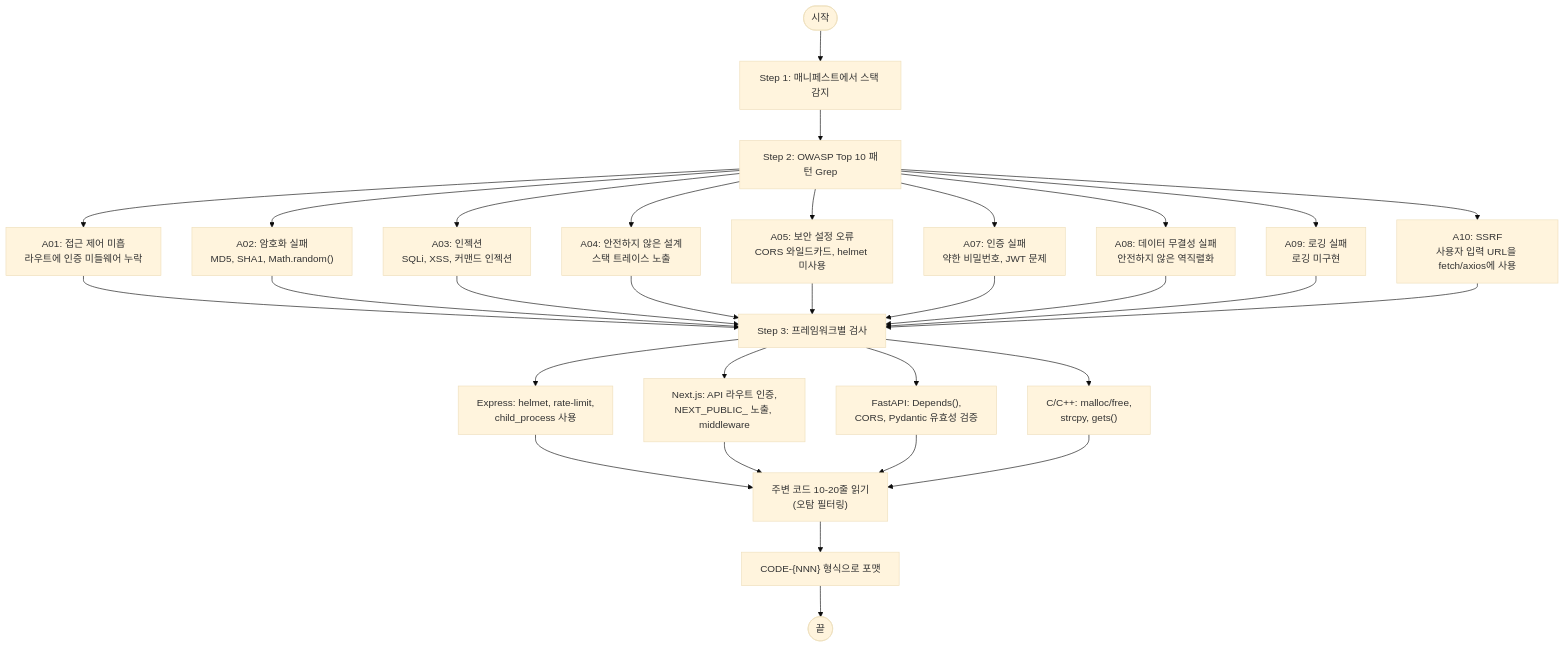
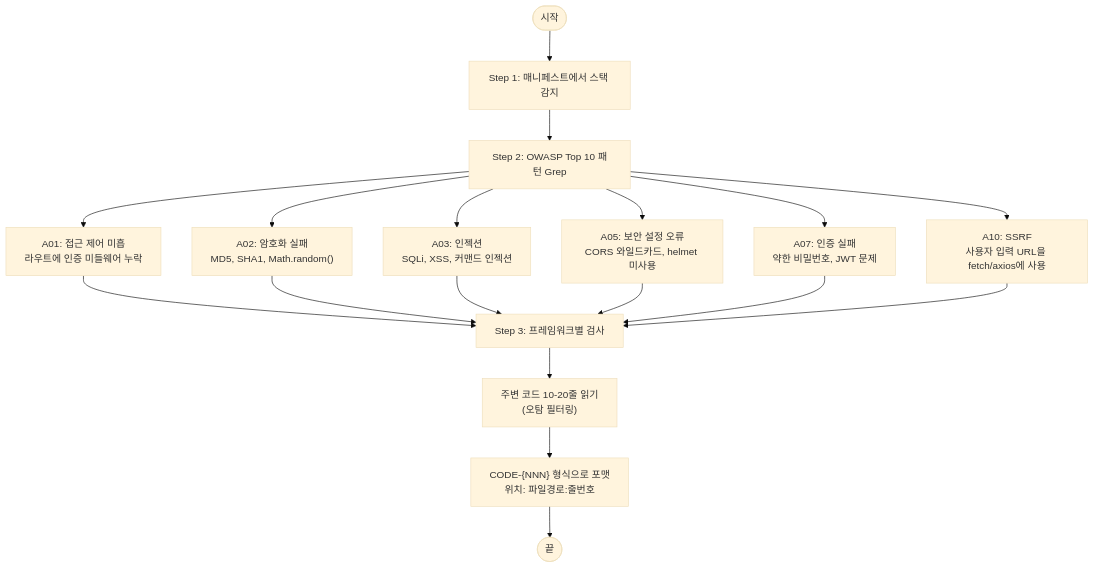
One commit to letsur-dev/vulcheck changed the sixth of 8 diagrams in design/codeinspector.md. Above: the diagram before and after it, drawn with Mermaid (base theme). The commit also changed other lines of this file and 3 other files, not shown here.

````diff
--- a/design/codeinspector.md
+++ b/design/codeinspector.md
@@ -227,38 +343,23 @@
 ```mermaid
 flowchart TD
     Start([시작]) --> DetectStack["Step 1: 매니페스트에서 스택 감지"]
     DetectStack --> Scan["Step 2: OWASP Top 10 패턴 Grep"]
 
     Scan --> A01["A01: 접근 제어 미흡<br>라우트에 인증 미들웨어 누락"]
     Scan --> A02["A02: 암호화 실패<br>MD5, SHA1, Math.random()"]
     Scan --> A03["A03: 인젝션<br>SQLi, XSS, 커맨드 인젝션"]
-    Scan --> A04["A04: 안전하지 않은 설계<br>스택 트레이스 노출"]
     Scan --> A05["A05: 보안 설정 오류<br>CORS 와일드카드, helmet 미사용"]
     Scan --> A07["A07: 인증 실패<br>약한 비밀번호, JWT 문제"]
-    Scan --> A08["A08: 데이터 무결성 실패<br>안전하지 않은 역직렬화"]
-    Scan --> A09["A09: 로깅 실패<br>로깅 미구현"]
     Scan --> A10["A10: SSRF<br>사용자 입력 URL을 fetch/axios에 사용"]
 
     A01 --> FW["Step 3: 프레임워크별 검사"]
     A02 --> FW
     A03 --> FW
-    A04 --> FW
     A05 --> FW
     A07 --> FW
-    A08 --> FW
-    A09 --> FW
     A10 --> FW
 
-    FW --> Express["Express: helmet, rate-limit,<br>child_process 사용"]
-    FW --> NextJS["Next.js: API 라우트 인증,<br>NEXT_PUBLIC_ 노출, middleware"]
-    FW --> FastAPI["FastAPI: Depends(),<br>CORS, Pydantic 유효성 검증"]
-    FW --> Memory["C/C++: malloc/free,<br>strcpy, gets()"]
-
-    Express --> Context["주변 코드 10-20줄 읽기<br>(오탐 필터링)"]
-    NextJS --> Context
-    FastAPI --> Context
-    Memory --> Context
-
-    Context --> Format["CODE-{NNN} 형식으로 포맷"]
+    FW --> Context["주변 코드 10-20줄 읽기<br>(오탐 필터링)"]
+    Context --> Format["CODE-{NNN} 형식으로 포맷<br>위치: 파일경로:줄번호"]
     Format --> End([끝])
 ```
````
